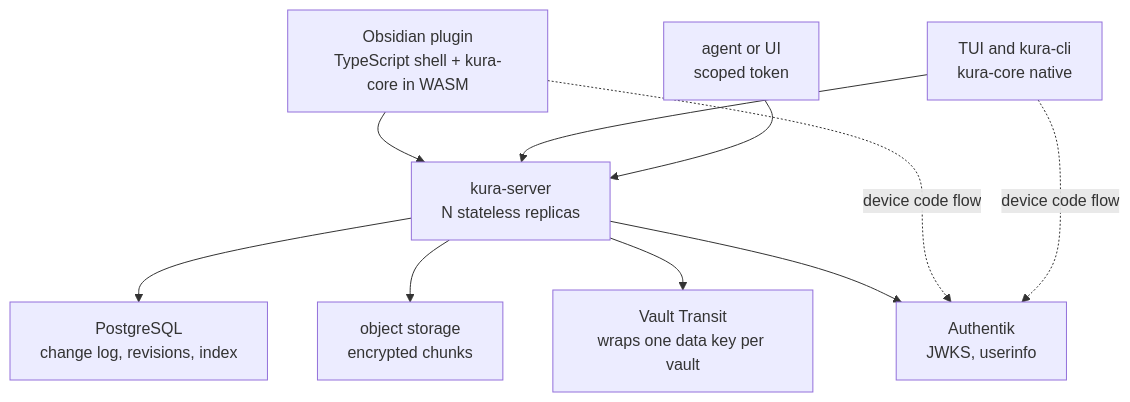
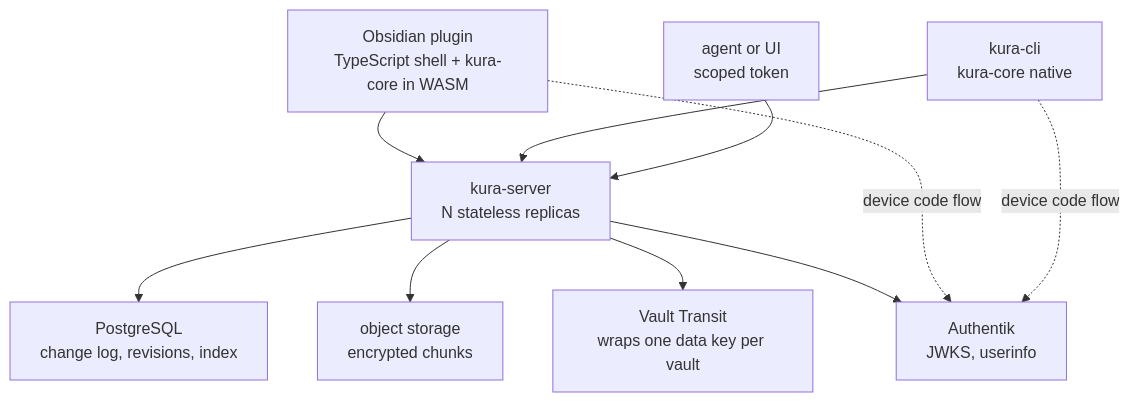
The second of 5 diagrams in docs/RFC/rfc0001-init-project.md (batleforc/weebo-kura), drawn with Mermaid before and after one commit. The commit also changed other lines of this file and 3 other files, not shown here.

````diff
--- a/docs/RFC/rfc0001-init-project.md
+++ b/docs/RFC/rfc0001-init-project.md
@@ -296,12 +502,12 @@
 ```mermaid
 graph TD
     PL["Obsidian plugin<br/>TypeScript shell + kura-core in WASM"] --> S
-    TU["TUI and kura-cli<br/>kura-core native"] --> S
+    TU["kura-cli<br/>kura-core native"] --> S
     AG["agent or UI<br/>scoped token"] --> S
     S["kura-server<br/>N stateless replicas"] --> PG["PostgreSQL<br/>change log, revisions, index"]
     S --> OS["object storage<br/>encrypted chunks"]
     S --> VT["Vault Transit<br/>wraps one data key per vault"]
     S --> AK["Authentik<br/>JWKS, userinfo"]
     PL -. "device code flow" .-> AK
     TU -. "device code flow" .-> AK
 ```
````
